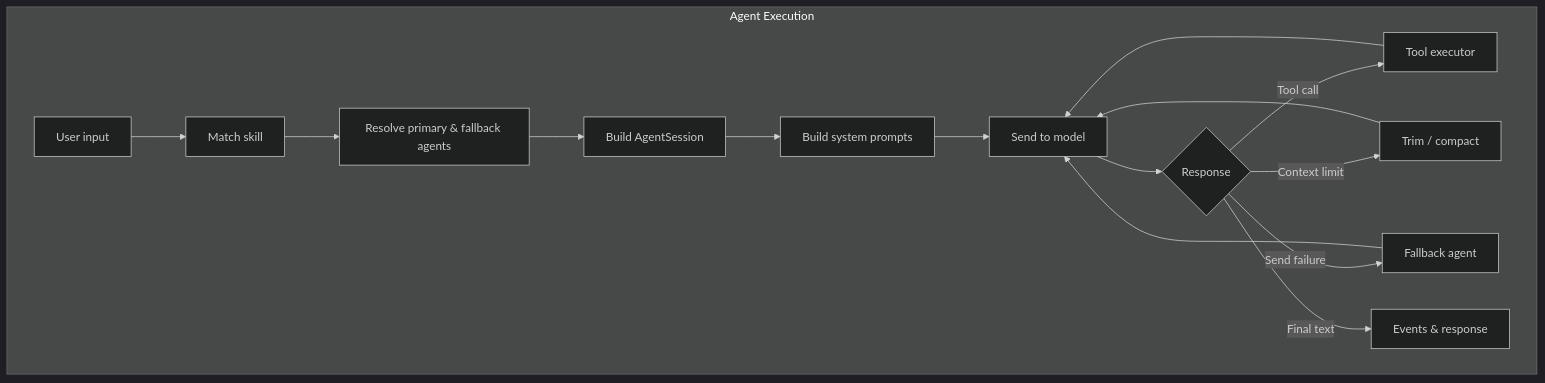
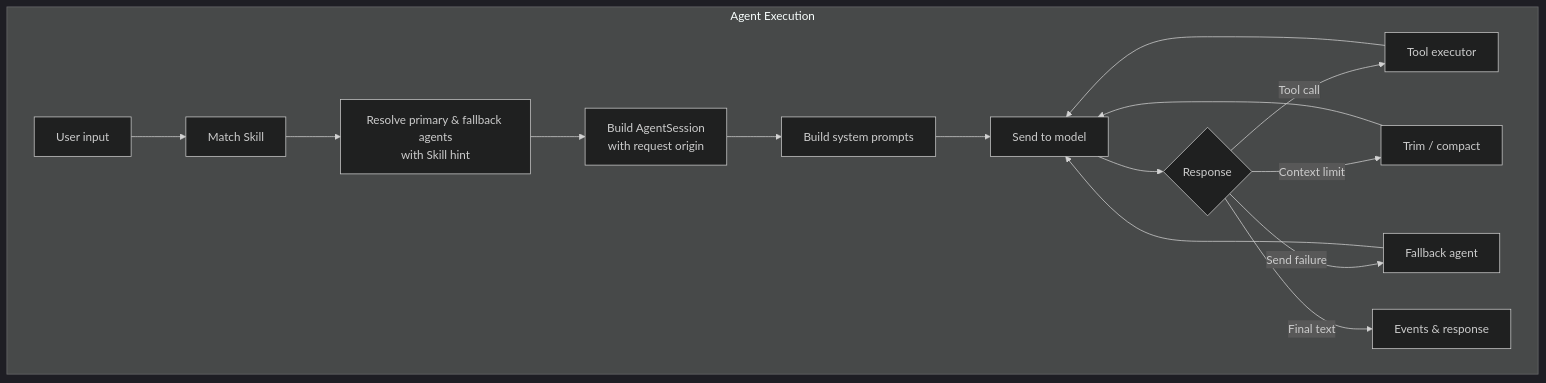
One commit to agenvoy/Agenvoy changed the fifth of 12 diagrams in doc/architecture.md. Above: the diagram before and after it, drawn with Mermaid (dark theme). The commit also changed other lines of this file and 7 other files, not shown here.

````diff
--- a/doc/architecture.md
+++ b/doc/architecture.md
@@ -94,18 +94,18 @@
 ```mermaid
 graph TB
     subgraph Execution[Agent Execution]
-        Input[User input] --> Match[Match skill]
-        Match --> Resolve[Resolve primary & fallback agents]
-        Resolve --> Session[Build AgentSession]
+        Input[User input] --> Match[Match Skill]
+        Match --> Resolve[Resolve primary & fallback agents<br/>with Skill hint]
+        Resolve --> Session[Build AgentSession<br/>with request origin]
         Session --> Prompt[Build system prompts]
         Prompt --> Send[Send to model]
         Send --> Response{Response}
         Response -->|Tool call| ToolExec[Tool executor]
         ToolExec --> Send
         Response -->|Context limit| Trim[Trim / compact]
         Trim --> Send
         Response -->|Send failure| Fallback[Fallback agent]
         Fallback --> Send
         Response -->|Final text| Output[Events & response]
     end
 ```
````
